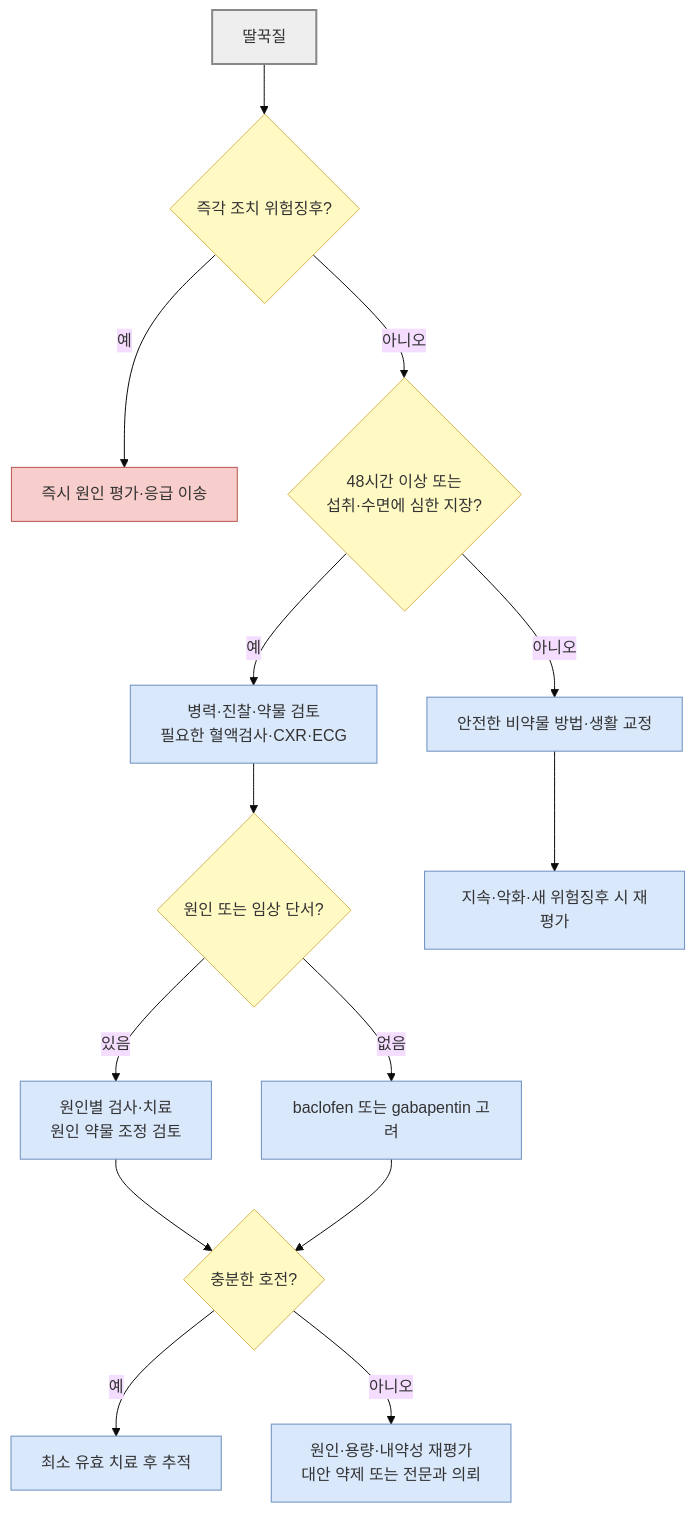
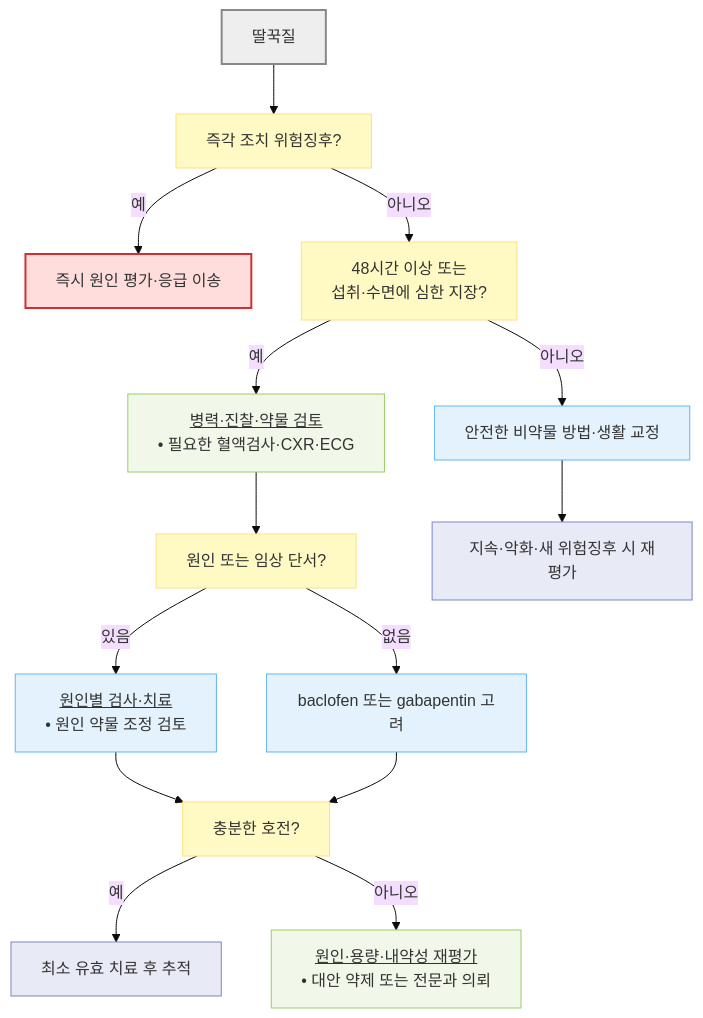
The diagram in 220_/010_-hiccups-singultus.md (familyoh77/familyoh77), drawn with Mermaid (base theme) before and after one commit. The commit also changed 13 other files, not shown here.

````diff
--- a/220_/010_-hiccups-singultus.md
+++ b/220_/010_-hiccups-singultus.md
@@ -115,28 +115,29 @@
 ```mermaid
 flowchart TD
-    A["딸꾹질"] --> B{"즉각 조치 위험징후?"}
+    A["딸꾹질"] --> B["즉각 조치 위험징후?"]
     B -- "예" --> C["즉시 원인 평가·응급 이송"]
-    B -- "아니오" --> D{"`48시간 이상 또는
-섭취·수면에 심한 지장?`"}
+    B -- "아니오" --> D["48시간 이상 또는<br/>섭취·수면에 심한 지장?"]
     D -- "아니오" --> E["안전한 비약물 방법·생활 교정"]
-    D -- "예" --> F["`병력·진찰·약물 검토
-필요한 혈액검사·CXR·ECG`"]
-    F --> G{"원인 또는 임상 단서?"}
-    G -- "있음" --> H["`원인별 검사·치료
-원인 약물 조정 검토`"]
+    D -- "예" --> F["<u>병력·진찰·약물 검토</u><br/>• 필요한 혈액검사·CXR·ECG"]
+    F --> G["원인 또는 임상 단서?"]
+    G -- "있음" --> H["<u>원인별 검사·치료</u><br/>• 원인 약물 조정 검토"]
     G -- "없음" --> I["baclofen 또는 gabapentin 고려"]
-    H --> J{"충분한 호전?"}
+    H --> J["충분한 호전?"]
     I --> J
     J -- "예" --> K["최소 유효 치료 후 추적"]
-    J -- "아니오" --> L["`원인·용량·내약성 재평가
-대안 약제 또는 전문과 의뢰`"]
+    J -- "아니오" --> L["<u>원인·용량·내약성 재평가</u><br/>• 대안 약제 또는 전문과 의뢰"]
     E --> M["지속·악화·새 위험징후 시 재평가"]
-    classDef start fill:#eee,stroke:#888,stroke-width:2px
-    classDef decision fill:#fff9c4,stroke:#d6b656
-    classDef emergency fill:#f8cecc,stroke:#b85450
-    classDef treatment fill:#dae8fc,stroke:#6c8ebf
+
+    classDef start fill:#eeeeee,stroke:#888888,stroke-width:2px
+    classDef question fill:#fff9c4,stroke:#ffe082
+    classDef emergency fill:#ffdddd,stroke:#d32f2f,stroke-width:2px
+    classDef evaluation fill:#f1f8e9,stroke:#9ccc65
+    classDef treatment fill:#e3f2fd,stroke:#64b5f6
+    classDef followup fill:#e8eaf6,stroke:#7986cb
     class A start
-    class B,D,G,J decision
+    class B,D,G,J question
     class C emergency
-    class E,F,H,I,K,L,M treatment
+    class F,L evaluation
+    class E,H,I treatment
+    class K,M followup
 ```
````
